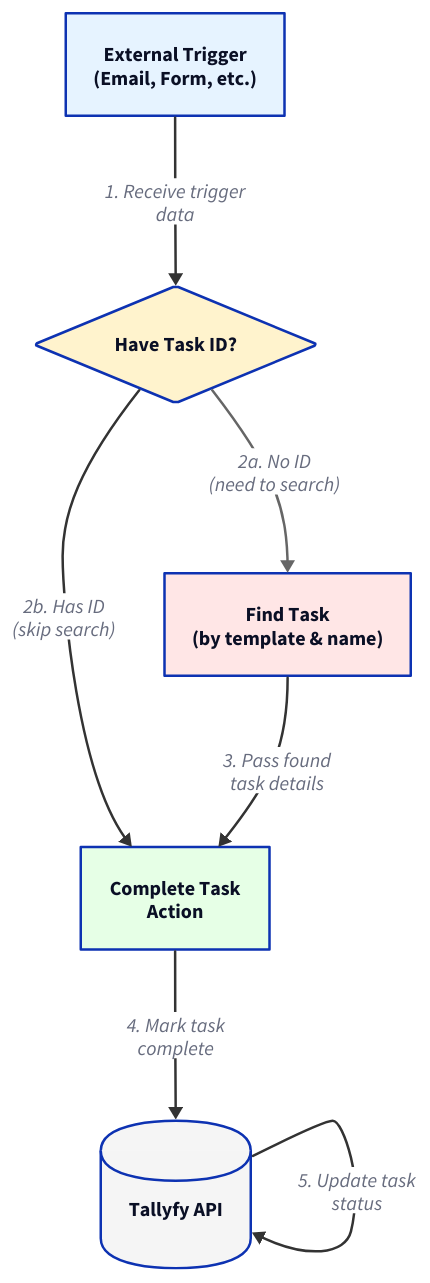
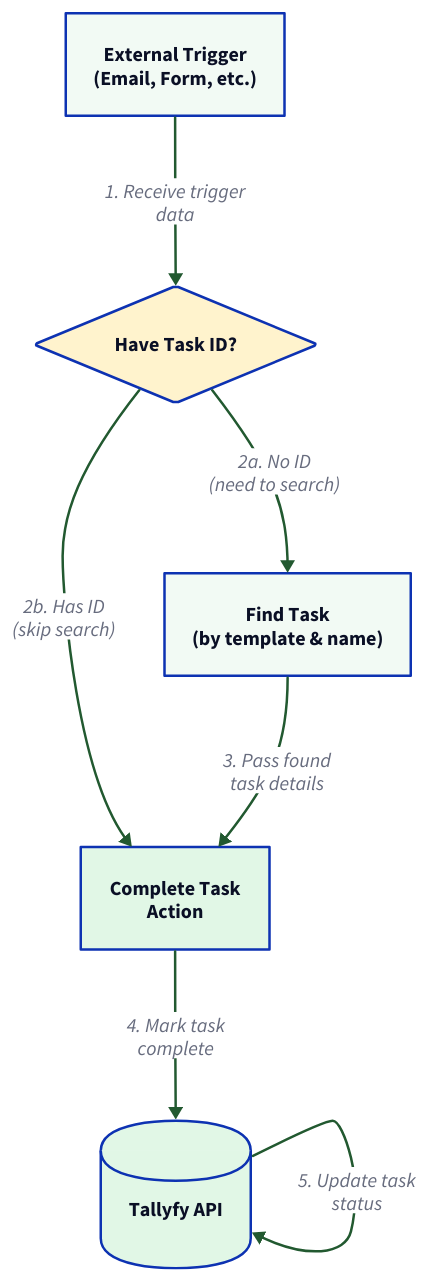
Before and after one commit to tallyfy/documentation: the diagram in src/content/docs/pro/integrations/middleware/zapier/how-to-automate-tasks-in-tallyfy-using-zaps.mdx, drawn with D2. The commit also changed 66 other files, not shown here.

````diff
--- a/src/content/docs/pro/integrations/middleware/zapier/how-to-automate-tasks-in-tallyfy-using-zaps.mdx
+++ b/src/content/docs/pro/integrations/middleware/zapier/how-to-automate-tasks-in-tallyfy-using-zaps.mdx
@@ -21,54 +21,54 @@
 ```d2
 direction: down
 
 Trigger: "External Trigger\n(Email, Form, etc.)" {
   shape: rectangle
-  style.fill: "#e6f3ff"
+  style.fill: "#f2faf4"
 }
 
 Check: "Have Task ID?" {
   shape: diamond
   style.fill: "#fff3cd"
 }
 
 Find: "Find Task\n(by template & name)" {
   shape: rectangle
-  style.fill: "#ffe6e6"
+  style.fill: "#f2faf4"
 }
 
 Complete: "Complete Task\nAction" {
   shape: rectangle
-  style.fill: "#e6ffe6"
+  style.fill: "#e1f7e6"
 }
 
 API: "Tallyfy API" {
   shape: cylinder
-  style.fill: "#f5f5f5"
+  style.fill: "#e1f7e6"
 }
 
 Trigger -> Check: "1. Receive trigger\ndata" {
-  style.stroke: "#333"
+  style.stroke: "#225930"
 }
 
 Check -> Find: "2a. No ID\n(need to search)" {
-  style.stroke: "#666"
+  style.stroke: "#225930"
 }
 
 Check -> Complete: "2b. Has ID\n(skip search)" {
-  style.stroke: "#333"
+  style.stroke: "#225930"
   style.stroke-width: 2
 }
 
 Find -> Complete: "3. Pass found\ntask details" {
-  style.stroke: "#333"
+  style.stroke: "#225930"
 }
 
 Complete -> API: "4. Mark task\ncomplete" {
-  style.stroke: "#333"
+  style.stroke: "#225930"
   style.stroke-width: 2
 }
 
 API -> API: "5. Update task\nstatus" {
-  style.stroke: "#333"
+  style.stroke: "#225930"
 }
 ```
````
